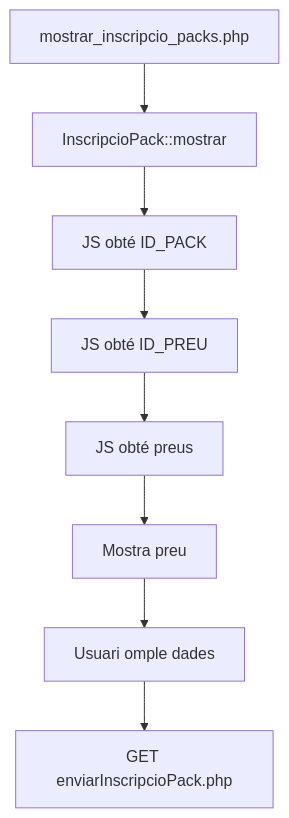
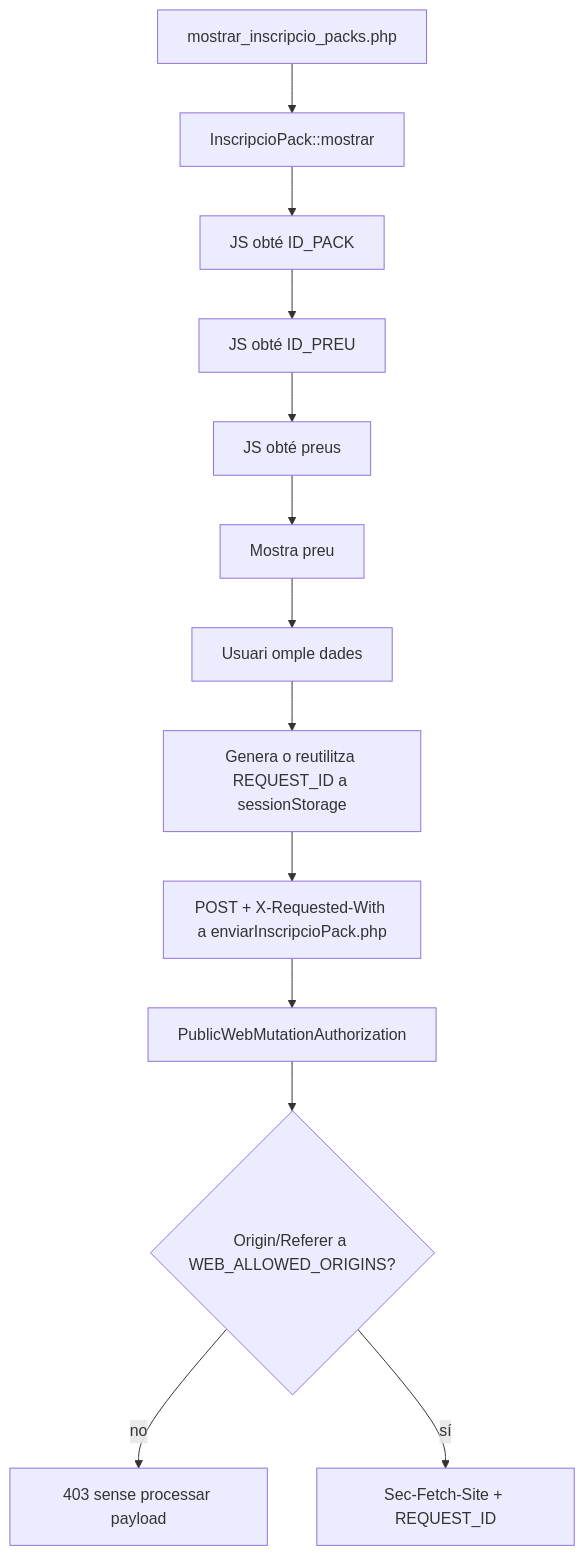
Before and after one commit to orgmeriemprismacat-del/verifactu: the fifth of 20 diagrams in documentacio/07-uml-integrat/uc-015-activitats-pagines-pack-actual-final.md, drawn with Mermaid. The commit also changed other lines of this file and 49 other files, not shown here.

````diff
--- a/documentacio/07-uml-integrat/uc-015-activitats-pagines-pack-actual-final.md
+++ b/documentacio/07-uml-integrat/uc-015-activitats-pagines-pack-actual-final.md
@@ -72,10 +72,15 @@
 ```mermaid
 flowchart TD
 A[mostrar_inscripcio_packs.php] --> B[InscripcioPack::mostrar]
 B --> C[JS obté ID_PACK]
 C --> D[JS obté ID_PREU]
 D --> E[JS obté preus]
 E --> F[Mostra preu]
 F --> G[Usuari omple dades]
-G --> H[GET enviarInscripcioPack.php]
+G --> H[Genera o reutilitza REQUEST_ID a sessionStorage]
+H --> I[POST + X-Requested-With a enviarInscripcioPack.php]
+I --> J[PublicWebMutationAuthorization]
+J --> K{Origin/Referer a WEB_ALLOWED_ORIGINS?}
+K -- no --> L[403 sense processar payload]
+K -- sí --> M[Sec-Fetch-Site + REQUEST_ID]
 ```
````
